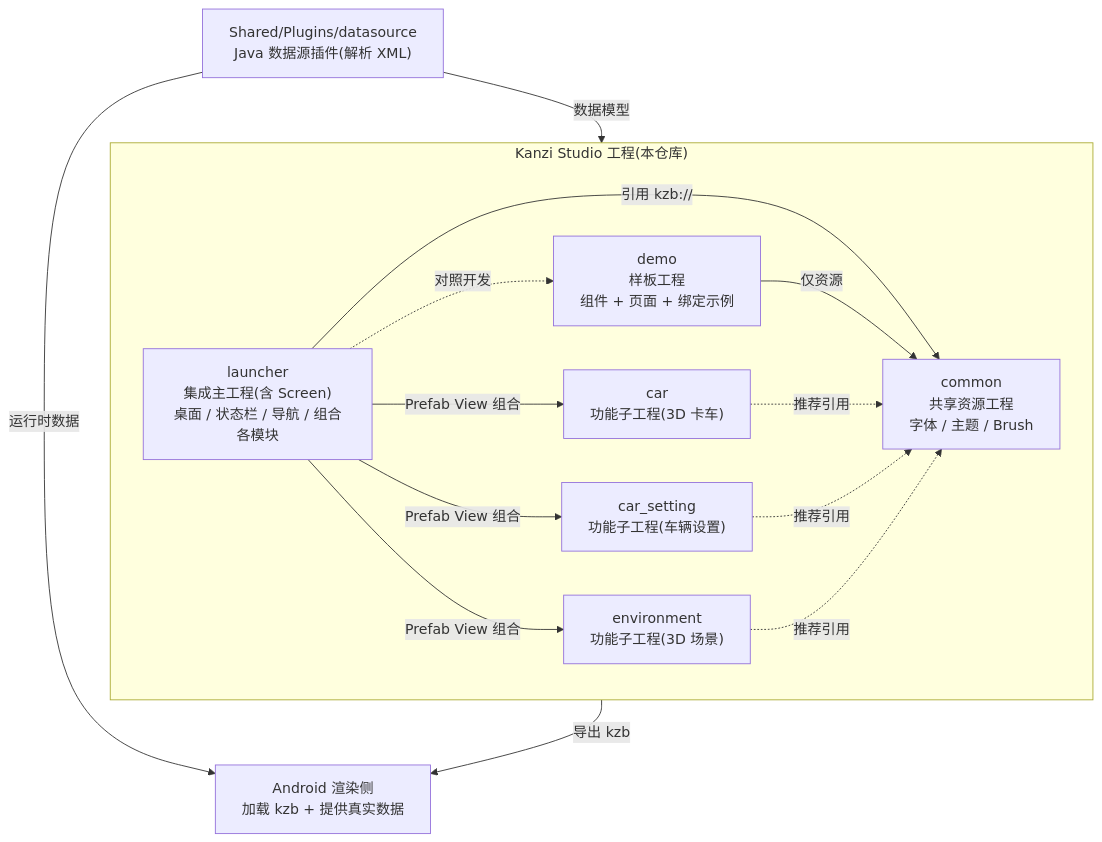
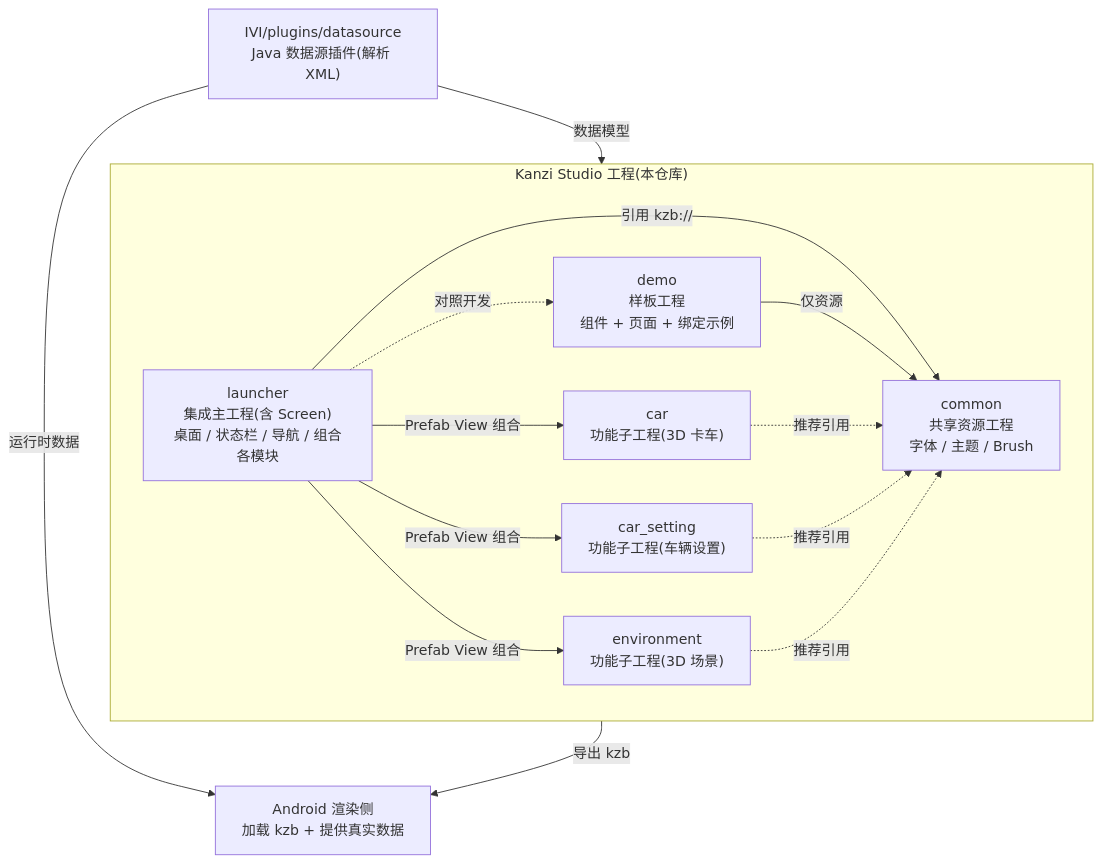
Before and after one commit to ganlong-2016/kanzi_project: the diagram in README.md, drawn with Mermaid. The commit also changed other lines of this file and 284 other files, not shown here.

````diff
--- a/README.md
+++ b/README.md
@@ -11,28 +11,28 @@
 ```mermaid
 flowchart TB
     subgraph Studio["Kanzi Studio 工程(本仓库)"]
         common["common<br/>共享资源工程<br/>字体 / 主题 / Brush"]
         demo["demo<br/>样板工程<br/>组件 + 页面 + 绑定示例"]
         launcher["launcher<br/>集成主工程(含 Screen)<br/>桌面 / 状态栏 / 导航 / 组合各模块"]
         car["car<br/>功能子工程(3D 卡车)"]
         car_setting["car_setting<br/>功能子工程(车辆设置)"]
         environment["environment<br/>功能子工程(3D 场景)"]
 
         launcher -->|引用 kzb://| common
         demo -->|仅资源| common
         launcher -->|Prefab View 组合| car
         launcher -.对照开发.-> demo
         launcher -->|Prefab View 组合| car_setting
         launcher -->|Prefab View 组合| environment
         car -.推荐引用.-> common
         car_setting -.推荐引用.-> common
         environment -.推荐引用.-> common
     end
 
-    plugin["Shared/Plugins/datasource<br/>Java 数据源插件(解析 XML)"]
+    plugin["IVI/plugins/datasource<br/>Java 数据源插件(解析 XML)"]
     android["Android 渲染侧<br/>加载 kzb + 提供真实数据"]
 
     plugin -->|数据模型| Studio
     Studio -->|导出 kzb| android
     plugin -->|运行时数据| android
 ```
````
